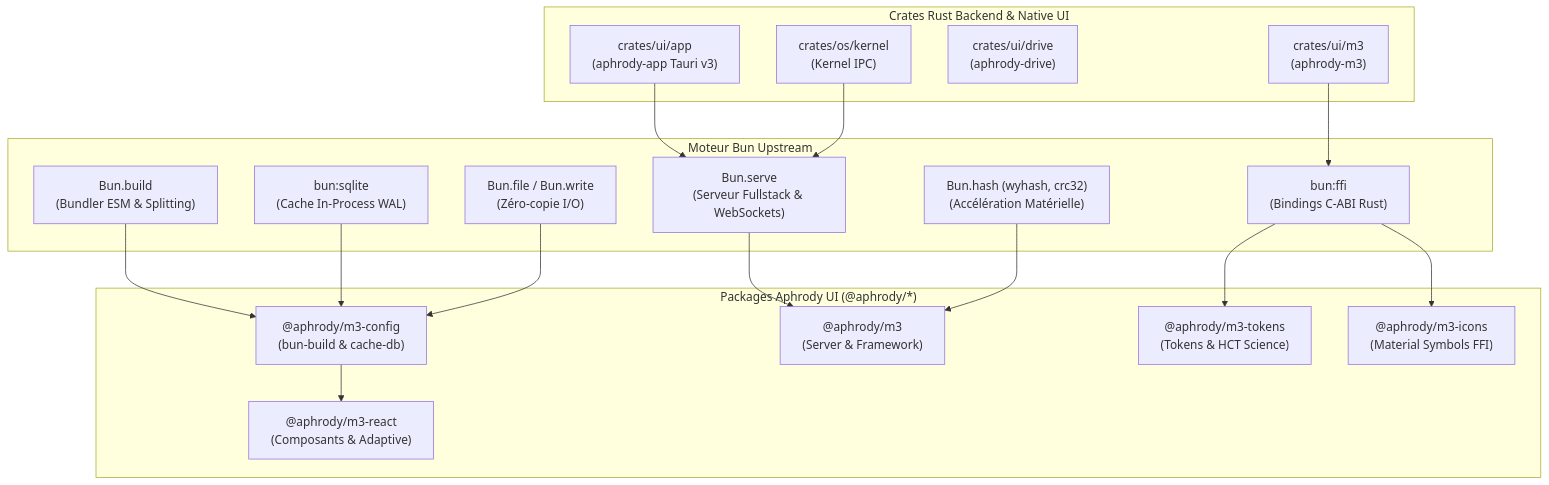
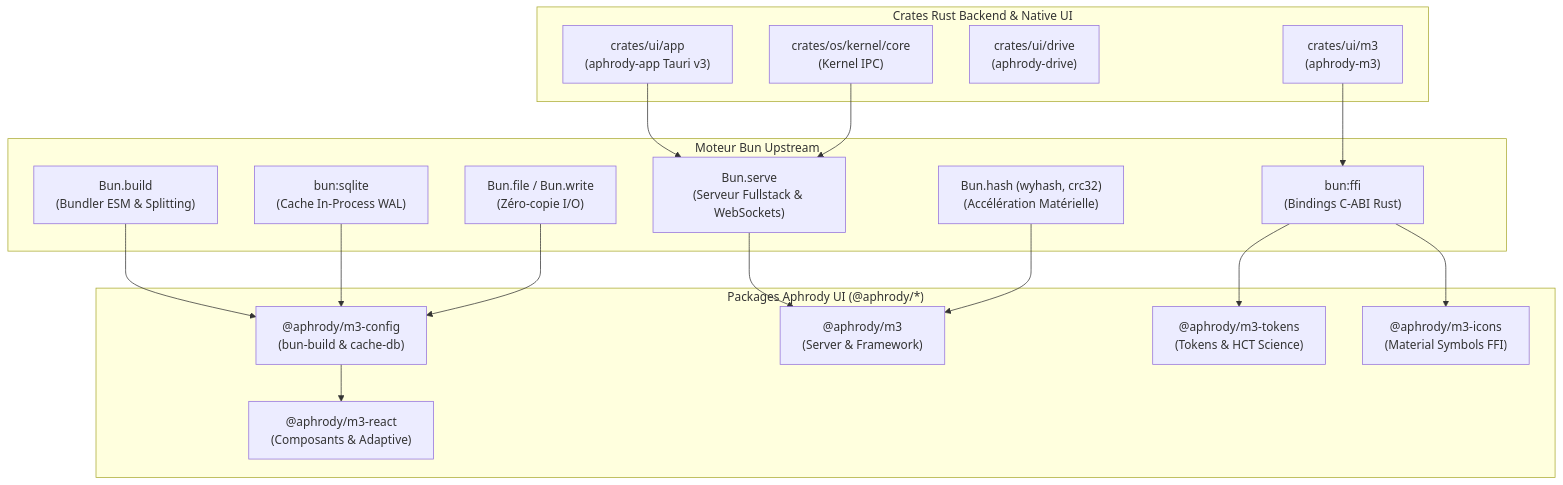
The diagram in m3/docs/architecture/BUN-UPSTREAM-ALIGNMENT.md (aphrody-labs/bun-distribution), drawn with Mermaid before and after one commit. The commit also changed other lines of this file and 2881 other files, not shown here.

````diff
--- a/m3/docs/architecture/BUN-UPSTREAM-ALIGNMENT.md
+++ b/m3/docs/architecture/BUN-UPSTREAM-ALIGNMENT.md
@@ -99,39 +99,39 @@
 ```mermaid
 flowchart TD
     subgraph Bun_Engine["Moteur Bun Upstream"]
         BB["Bun.build<br/>(Bundler ESM & Splitting)"]
         BS["Bun.serve<br/>(Serveur Fullstack & WebSockets)"]
         BSQL["bun:sqlite<br/>(Cache In-Process WAL)"]
         BFFI["bun:ffi<br/>(Bindings C-ABI Rust)"]
         BIO["Bun.file / Bun.write<br/>(Zéro-copie I/O)"]
         BHASH["Bun.hash (wyhash, crc32)<br/>(Accélération Matérielle)"]
     end
 
     subgraph UI_Packages["Packages Aphrody UI (@aphrody/*)"]
         M3C["@aphrody/m3-config<br/>(bun-build & cache-db)"]
         M3["@aphrody/m3<br/>(Server & Framework)"]
         M3T["@aphrody/m3-tokens<br/>(Tokens & HCT Science)"]
         M3I["@aphrody/m3-icons<br/>(Material Symbols FFI)"]
         M3R["@aphrody/m3-react<br/>(Composants & Adaptive)"]
     end
 
     subgraph Rust_Crates["Crates Rust Backend & Native UI"]
         CR_M3["crates/ui/m3<br/>(aphrody-m3)"]
         CR_APP["crates/ui/app<br/>(aphrody-app Tauri v3)"]
         CR_DRIVE["crates/ui/drive<br/>(aphrody-drive)"]
-        CR_KERN["crates/os/kernel<br/>(Kernel IPC)"]
+        CR_KERN["crates/os/kernel/core<br/>(Kernel IPC)"]
     end
 
     BB --> M3C
     BSQL --> M3C
     BFFI --> M3I
     BFFI --> M3T
     BS --> M3
     BIO --> M3C
     BHASH --> M3
 
     M3C --> M3R
     CR_M3 --> BFFI
     CR_APP --> BS
     CR_KERN --> BS
 ```
````
